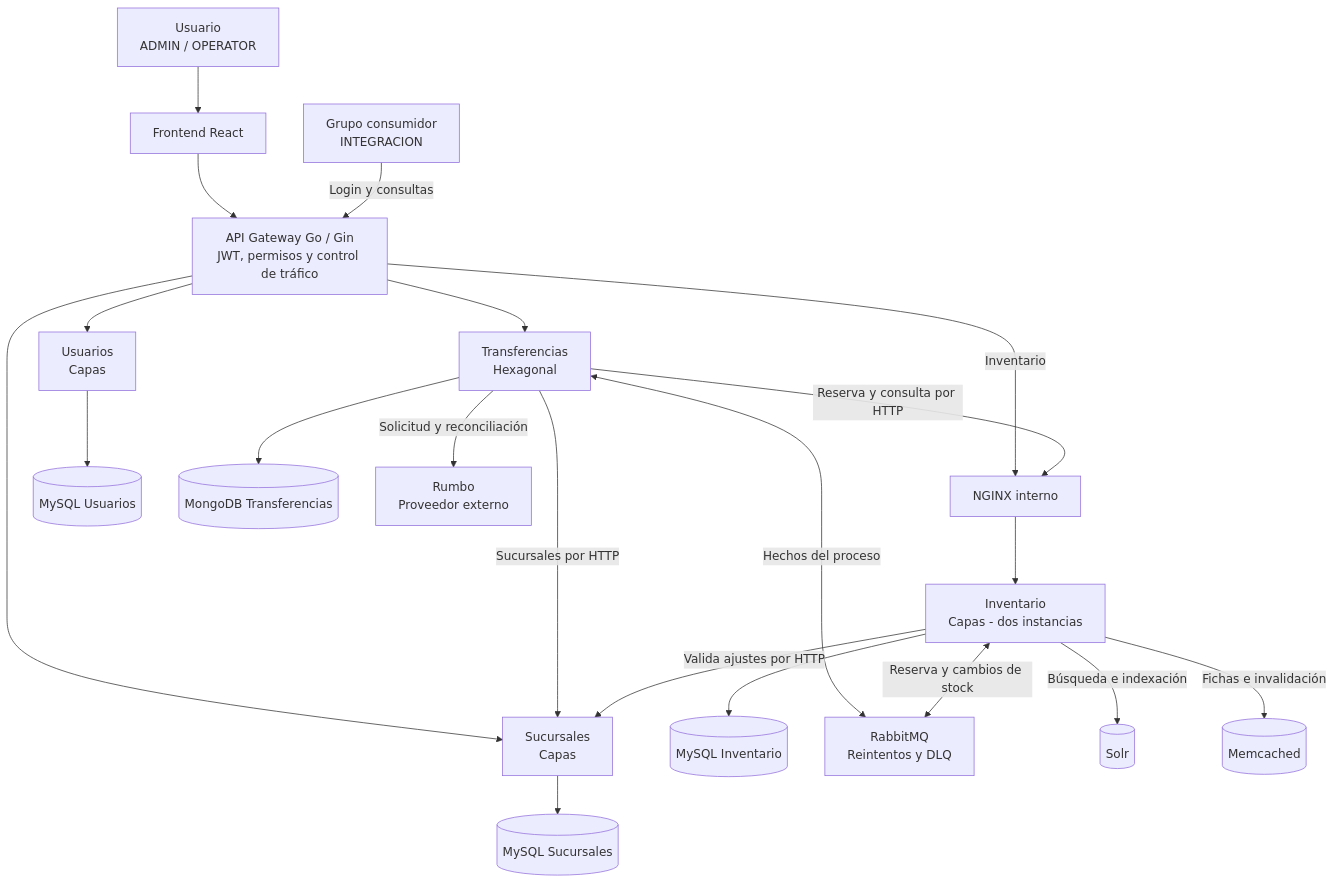
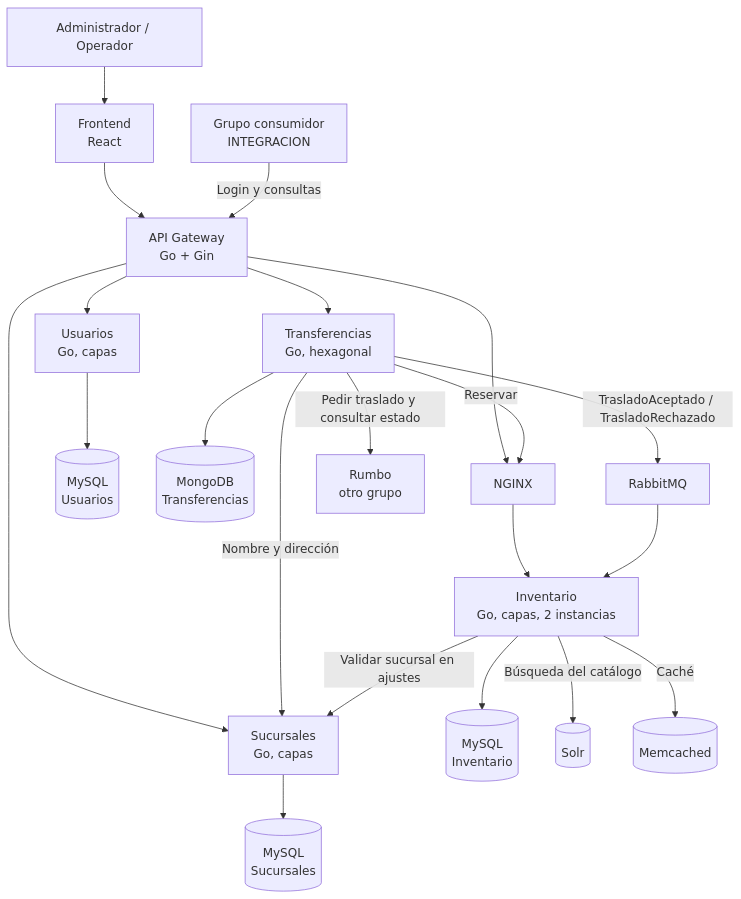
One commit to tomyvolo/Stock-Volcamelli changed the diagram in docs/diagramas/contenedores.md. Above: the diagram before and after it, drawn with Mermaid. The commit also changed other lines of this file and 14 other files, not shown here.

````diff
--- a/docs/diagramas/contenedores.md
+++ b/docs/diagramas/contenedores.md
@@ -5,41 +5,40 @@
 ```mermaid
 flowchart TB
-    U["Usuario<br/>ADMIN / OPERATOR"]
+    U["Administrador / Operador"]
     C["Grupo consumidor<br/>INTEGRACION"]
-    F["Frontend React"]
-    G["API Gateway Go / Gin<br/>JWT, permisos y control de tráfico"]
-    US["Usuarios<br/>Capas"]
-    BS["Sucursales<br/>Capas"]
-    TS["Transferencias<br/>Hexagonal"]
-    LB["NGINX interno"]
-    I["Inventario<br/>Capas - dos instancias"]
-    DU[("MySQL Usuarios")]
-    DB[("MySQL Sucursales")]
-    DT[("MongoDB Transferencias")]
-    DI[("MySQL Inventario")]
-    Q["RabbitMQ<br/>Reintentos y DLQ"]
+    F["Frontend<br/>React"]
+    G["API Gateway<br/>Go + Gin"]
+    US["Usuarios<br/>Go, capas"]
+    BS["Sucursales<br/>Go, capas"]
+    TS["Transferencias<br/>Go, hexagonal"]
+    N["NGINX"]
+    I["Inventario<br/>Go, capas, 2 instancias"]
+    DU[("MySQL<br/>Usuarios")]
+    DB[("MySQL<br/>Sucursales")]
+    DI[("MySQL<br/>Inventario")]
+    DT[("MongoDB<br/>Transferencias")]
+    Q["RabbitMQ"]
     S[("Solr")]
     M[("Memcached")]
-    R["Rumbo<br/>Proveedor externo"]
+    R["Rumbo<br/>otro grupo"]
 
-    U --> F
-    F --> G
+    U --> F --> G
     C -->|"Login y consultas"| G
     G --> US
     G --> BS
     G --> TS
-    G -->|"Inventario"| LB
+    G --> N
+    N --> I
     US --> DU
     BS --> DB
+    I --> DI
     TS --> DT
-    TS -->|"Sucursales por HTTP"| BS
-    TS -->|"Reserva y consulta por HTTP"| LB
-    LB --> I
-    I -->|"Valida ajustes por HTTP"| BS
-    I --> DI
-    I -->|"Búsqueda e indexación"| S
-    I -->|"Fichas e invalidación"| M
-    TS <-->|"Hechos del proceso"| Q
-    I <-->|"Reserva y cambios de stock"| Q
-    TS -->|"Solicitud y reconciliación"| R
+    TS -->|"Nombre y dirección"| BS
+    TS -->|"Reservar"| N
+    I -->|"Validar sucursal en ajustes"| BS
+    TS -->|"TrasladoAceptado / TrasladoRechazado"| Q
+    Q --> I
+    I -->|"Búsqueda del catálogo"| S
+    I -->|"Caché"| M
+    TS -->|"Pedir traslado y consultar estado"| R
 ```
````
